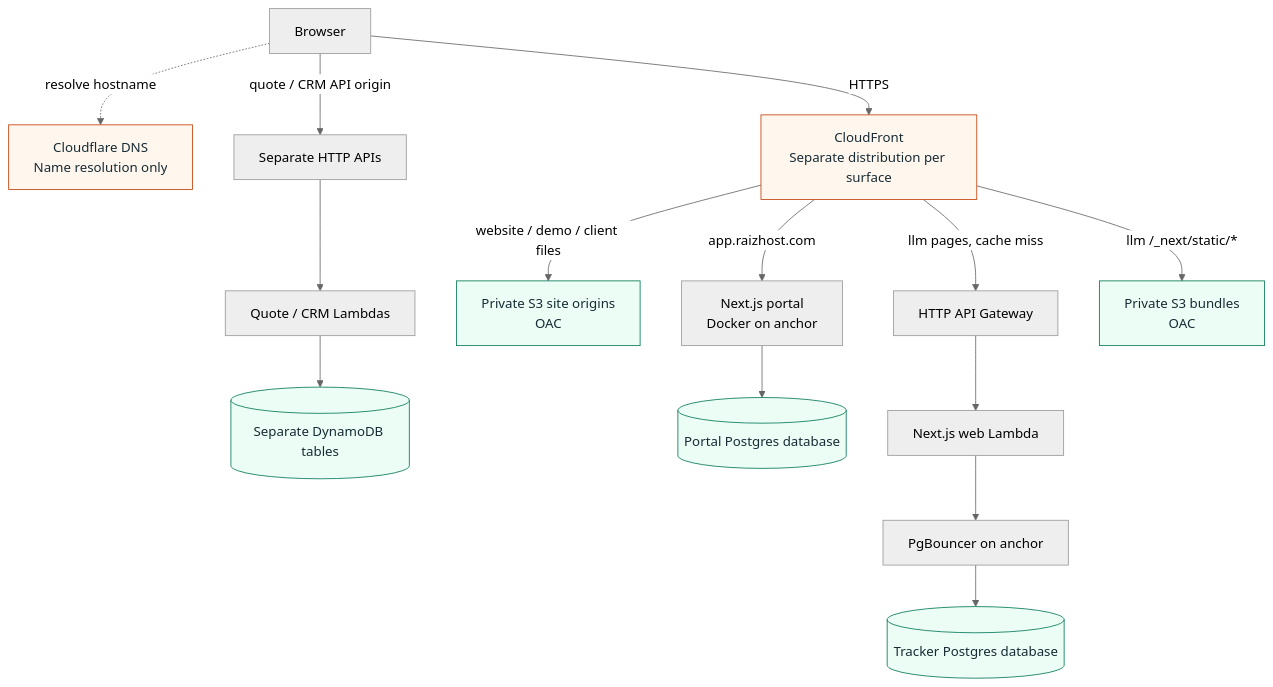
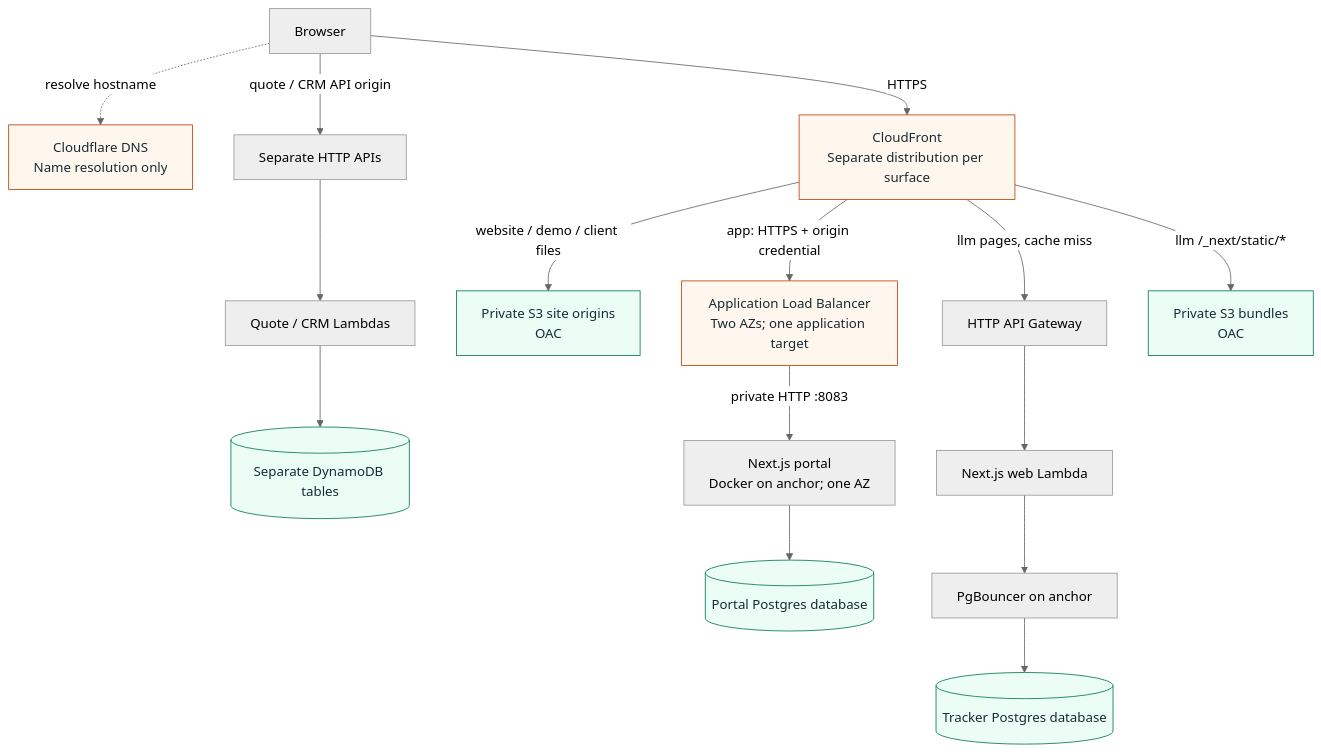
Before and after one commit to JadenRazo/raizhost-architecture: the diagram in diagrams/request-flow.mmd, drawn with Mermaid (neutral theme). The commit also changed 37 other files, not shown here.

Commit message:
docs: reconcile architecture diagrams with live serving paths

```diff
--- a/diagrams/request-flow.mmd
+++ b/diagrams/request-flow.mmd
@@ -1,22 +1,23 @@
 flowchart TB
   browser["Browser"]
   dns["Cloudflare DNS<br/>Name resolution only"]
   browser -. "resolve hostname" .-> dns
   browser -->|"HTTPS"| cf["CloudFront<br/>Separate distribution per surface"]
   browser -->|"quote / CRM API origin"| qapi["Separate HTTP APIs"]
   qapi --> qfn["Quote / CRM Lambdas"]
   qfn --> ddb[("Separate DynamoDB tables")]
 
   cf -->|"website / demo / client files"| sites["Private S3 site origins<br/>OAC"]
-  cf -->|"app.raizhost.com"| portal["Next.js portal<br/>Docker on anchor"]
+  cf -->|"app: HTTPS + origin credential"| alb["Application Load Balancer<br/>Two AZs; one application target"]
+  alb -->|"private HTTP :8083"| portal["Next.js portal<br/>Docker on anchor; one AZ"]
   portal --> editorDb[("Portal Postgres database")]
   cf -->|"llm pages, cache miss"| api["HTTP API Gateway"]
   api --> web["Next.js web Lambda"]
   web --> pool["PgBouncer on anchor"]
   pool --> trackerDb[("Tracker Postgres database")]
   cf -->|"llm /_next/static/*"| assets["Private S3 bundles<br/>OAC"]
 
   classDef edge fill:#fff7ed,stroke:#c2410c,color:#172b35
   classDef data fill:#ecfdf5,stroke:#047857,color:#172b35
-  class dns,cf edge
+  class dns,cf,alb edge
   class sites,assets,ddb,editorDb,trackerDb data
```
